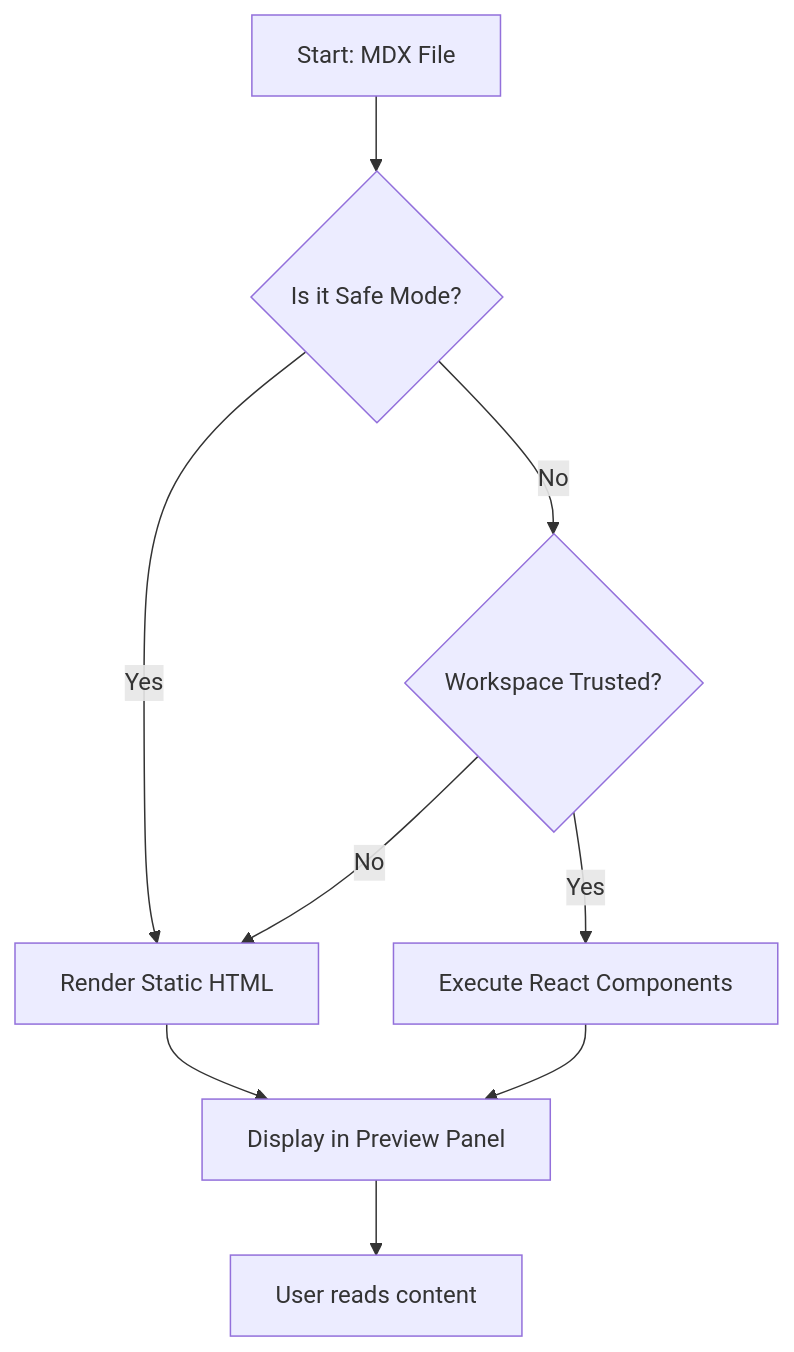
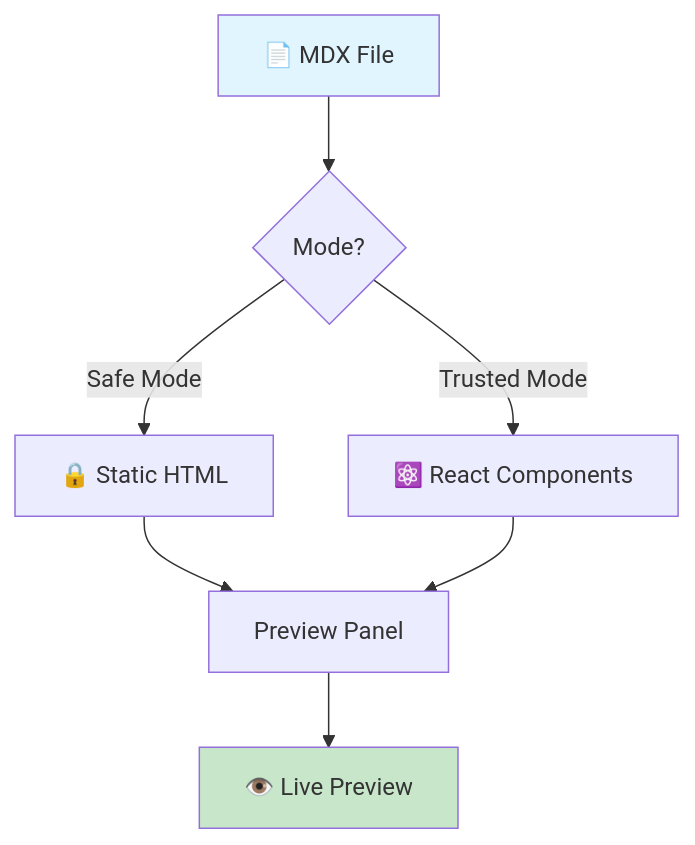
The first of 6 diagrams in examples/basic/README.mdx (ggfincke/vsc-mdx-preview), drawn with Mermaid before and after one commit. The commit also changed other lines of this file and 2 other files, not shown here.

Commit message:
docs(examples): update README.mdx showcase with Calculator component

````diff
--- a/examples/basic/README.mdx
+++ b/examples/basic/README.mdx
@@ -155,11 +275,12 @@
 ```mermaid
 graph TD
-  A[Start: MDX File] --> B{Is it Safe Mode?}
-  B -->|Yes| C[Render Static HTML]
-  B -->|No| D{Workspace Trusted?}
-  D -->|Yes| E[Execute React Components]
-  D -->|No| C
-  C --> F[Display in Preview Panel]
-  E --> F
-  F --> G[User reads content]
+    A[📄 MDX File] --> B{Mode?}
+    B -->|Safe Mode| C[🔒 Static HTML]
+    B -->|Trusted Mode| D[⚛️ React Components]
+    C --> E[Preview Panel]
+    D --> E
+    E --> F[👁️ Live Preview]
+
+    style A fill:#e1f5fe
+    style F fill:#c8e6c9
 ```
````
